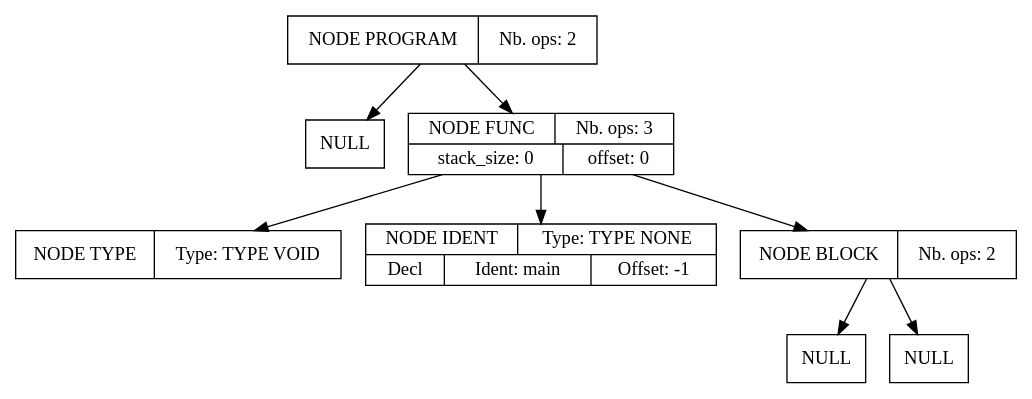
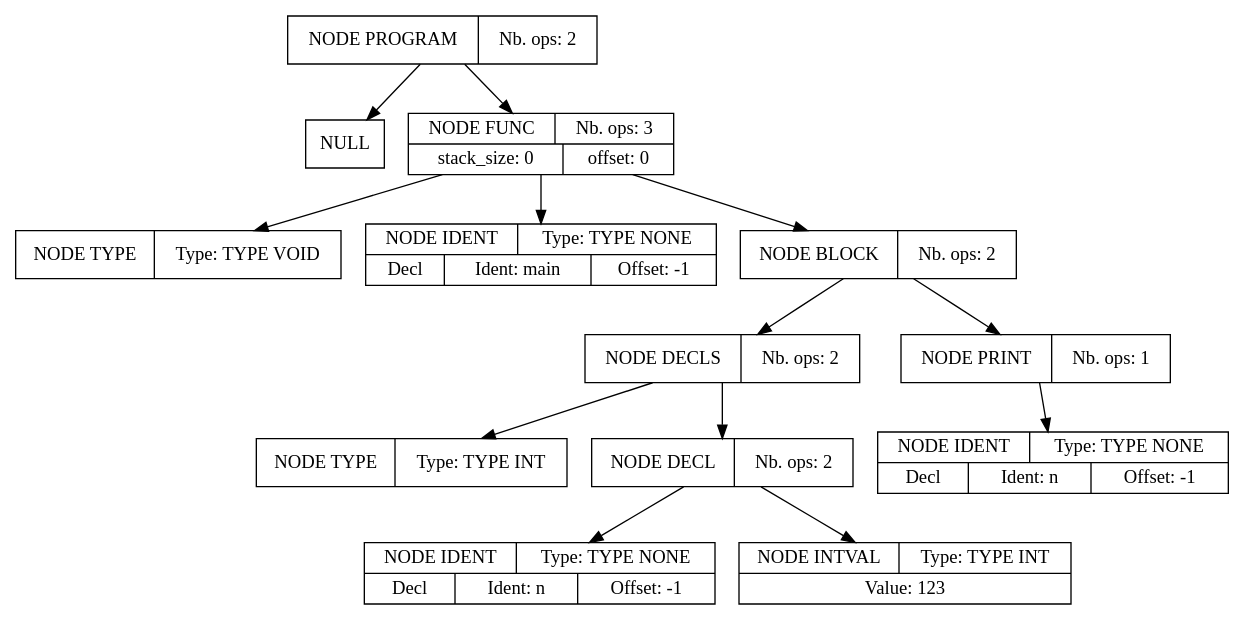
The diagram in projet_compilation_src/tools/apres_syntaxe.dot (Serial-DeV/Compilation), drawn with Graphviz before and after one commit. The commit also changed 40 other files, not shown here.

```diff
--- a/projet_compilation_src/tools/apres_syntaxe.dot
+++ b/projet_compilation_src/tools/apres_syntaxe.dot
@@ -1,24 +1,39 @@
 digraph global_vars {
     N1 [shape=record, label="{{NODE PROGRAM|Nb. ops: 2}}"];
     N2 [shape=record, label="{{NULL}}"];
     edge[tailclip=true];
     N1 -> N2
     N3 [shape=record, label="{{NODE FUNC|Nb. ops: 3}|{stack_size: 0|offset: 0}}"];
     N4 [shape=record, label="{{NODE TYPE|Type: TYPE VOID}}"];
     edge[tailclip=true];
     N3 -> N4
     N5 [shape=record, label="{{NODE IDENT|Type: TYPE NONE}|{<decl>Decl      |Ident: main|Offset: -1}}"];
     edge[tailclip=true];
     N3 -> N5
     N6 [shape=record, label="{{NODE BLOCK|Nb. ops: 2}}"];
-    N7 [shape=record, label="{{NULL}}"];
+    N7 [shape=record, label="{{NODE DECLS|Nb. ops: 2}}"];
+    N8 [shape=record, label="{{NODE TYPE|Type: TYPE INT}}"];
+    edge[tailclip=true];
+    N7 -> N8
+    N9 [shape=record, label="{{NODE DECL|Nb. ops: 2}}"];
+    N10 [shape=record, label="{{NODE IDENT|Type: TYPE NONE}|{<decl>Decl      |Ident: n|Offset: -1}}"];
+    edge[tailclip=true];
+    N9 -> N10
+    N11 [shape=record, label="{{NODE INTVAL|Type: TYPE INT}|{Value: 123}}"];
+    edge[tailclip=true];
+    N9 -> N11
+    edge[tailclip=true];
+    N7 -> N9
     edge[tailclip=true];
     N6 -> N7
-    N8 [shape=record, label="{{NULL}}"];
+    N12 [shape=record, label="{{NODE PRINT|Nb. ops: 1}}"];
+    N13 [shape=record, label="{{NODE IDENT|Type: TYPE NONE}|{<decl>Decl      |Ident: n|Offset: -1}}"];
     edge[tailclip=true];
-    N6 -> N8
+    N12 -> N13
+    edge[tailclip=true];
+    N6 -> N12
     edge[tailclip=true];
     N3 -> N6
     edge[tailclip=true];
     N1 -> N3
 }
```
